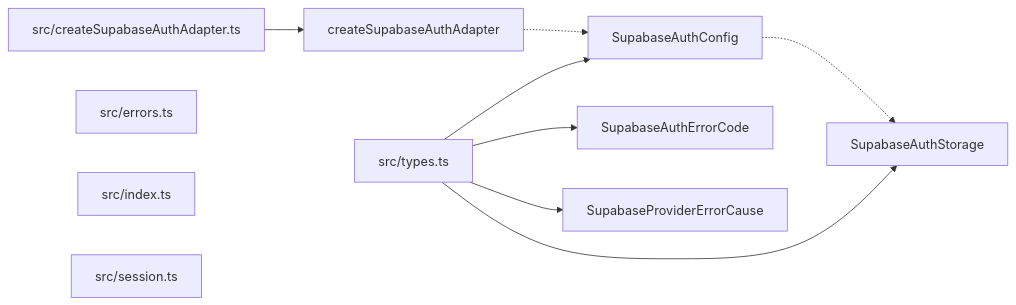
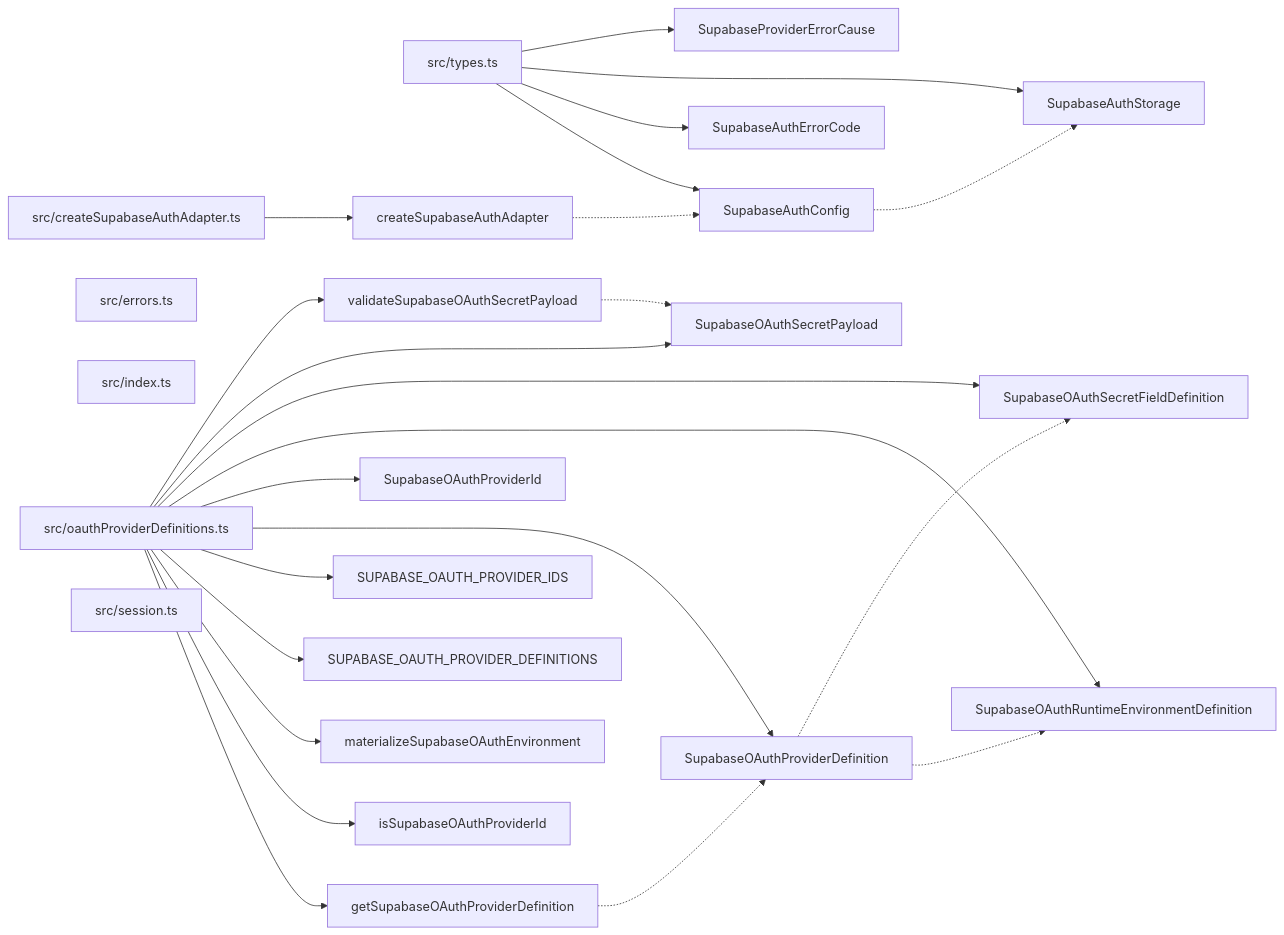
Before and after one commit to ankhorage/supabase-auth: the diagram in paradox/diagrams/export-graph.mmd, drawn with Mermaid. The commit also changed 17 other files, not shown here.

First line of the commit message:
feat: add canonical OAuth provider definitions

```diff
--- a/paradox/diagrams/export-graph.mmd
+++ b/paradox/diagrams/export-graph.mmd
@@ -1,18 +1,45 @@
 graph LR
   module_src_createSupabaseAuthAdapter_ts["src/createSupabaseAuthAdapter.ts"]
   module_src_errors_ts["src/errors.ts"]
   module_src_index_ts["src/index.ts"]
+  module_src_oauthProviderDefinitions_ts["src/oauthProviderDefinitions.ts"]
   module_src_session_ts["src/session.ts"]
   module_src_types_ts["src/types.ts"]
   export_createSupabaseAuthAdapter["createSupabaseAuthAdapter"]
   module_src_createSupabaseAuthAdapter_ts --> export_createSupabaseAuthAdapter
   export_createSupabaseAuthAdapter -.-> export_SupabaseAuthConfig
+  export_getSupabaseOAuthProviderDefinition["getSupabaseOAuthProviderDefinition"]
+  module_src_oauthProviderDefinitions_ts --> export_getSupabaseOAuthProviderDefinition
+  export_getSupabaseOAuthProviderDefinition -.-> export_SupabaseOAuthProviderDefinition
+  export_isSupabaseOAuthProviderId["isSupabaseOAuthProviderId"]
+  module_src_oauthProviderDefinitions_ts --> export_isSupabaseOAuthProviderId
+  export_materializeSupabaseOAuthEnvironment["materializeSupabaseOAuthEnvironment"]
+  module_src_oauthProviderDefinitions_ts --> export_materializeSupabaseOAuthEnvironment
+  export_SUPABASE_OAUTH_PROVIDER_DEFINITIONS["SUPABASE_OAUTH_PROVIDER_DEFINITIONS"]
+  module_src_oauthProviderDefinitions_ts --> export_SUPABASE_OAUTH_PROVIDER_DEFINITIONS
+  export_SUPABASE_OAUTH_PROVIDER_IDS["SUPABASE_OAUTH_PROVIDER_IDS"]
+  module_src_oauthProviderDefinitions_ts --> export_SUPABASE_OAUTH_PROVIDER_IDS
   export_SupabaseAuthConfig["SupabaseAuthConfig"]
   module_src_types_ts --> export_SupabaseAuthConfig
   export_SupabaseAuthConfig -.-> export_SupabaseAuthStorage
   export_SupabaseAuthErrorCode["SupabaseAuthErrorCode"]
   module_src_types_ts --> export_SupabaseAuthErrorCode
   export_SupabaseAuthStorage["SupabaseAuthStorage"]
   module_src_types_ts --> export_SupabaseAuthStorage
+  export_SupabaseOAuthProviderDefinition["SupabaseOAuthProviderDefinition"]
+  module_src_oauthProviderDefinitions_ts --> export_SupabaseOAuthProviderDefinition
+  export_SupabaseOAuthProviderDefinition -.-> export_SupabaseOAuthRuntimeEnvironmentDefinition
+  export_SupabaseOAuthProviderDefinition -.-> export_SupabaseOAuthSecretFieldDefinition
+  export_SupabaseOAuthProviderId["SupabaseOAuthProviderId"]
+  module_src_oauthProviderDefinitions_ts --> export_SupabaseOAuthProviderId
+  export_SupabaseOAuthRuntimeEnvironmentDefinition["SupabaseOAuthRuntimeEnvironmentDefinition"]
+  module_src_oauthProviderDefinitions_ts --> export_SupabaseOAuthRuntimeEnvironmentDefinition
+  export_SupabaseOAuthSecretFieldDefinition["SupabaseOAuthSecretFieldDefinition"]
+  module_src_oauthProviderDefinitions_ts --> export_SupabaseOAuthSecretFieldDefinition
+  export_SupabaseOAuthSecretPayload["SupabaseOAuthSecretPayload"]
+  module_src_oauthProviderDefinitions_ts --> export_SupabaseOAuthSecretPayload
   export_SupabaseProviderErrorCause["SupabaseProviderErrorCause"]
   module_src_types_ts --> export_SupabaseProviderErrorCause
+  export_validateSupabaseOAuthSecretPayload["validateSupabaseOAuthSecretPayload"]
+  module_src_oauthProviderDefinitions_ts --> export_validateSupabaseOAuthSecretPayload
+  export_validateSupabaseOAuthSecretPayload -.-> export_SupabaseOAuthSecretPayload
```
